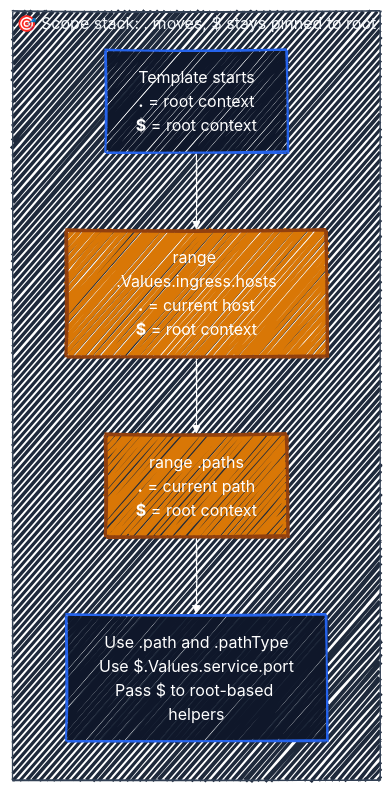
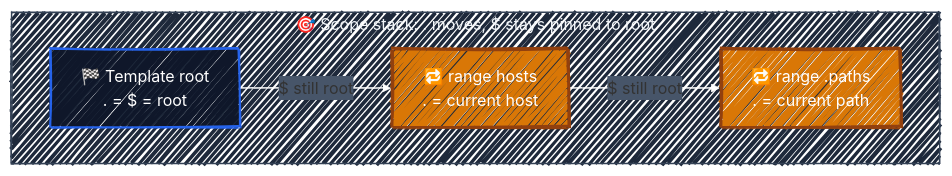
One commit to r97221004/k8s-tutorial changed the fourth of 8 diagrams in docs/packaging/helm.md. Above: the diagram before and after it, drawn with Mermaid.

Commit message:
docs: shrink the scope-stack diagram from a 4-node column to a 3-node row

````diff
--- a/docs/packaging/helm.md
+++ b/docs/packaging/helm.md
@@ -675,32 +675,30 @@
 ```mermaid
 ---
 config:
   look: handDrawn
   theme: default
   themeVariables:
     fontFamily: '"Comic Sans MS", "Comic Sans", "Segoe Print", "Bradley Hand", cursive'
     clusterBkg: '#FAFAFA'
     clusterBorder: '#94A3B8'
     lineColor: '#FFFFFF'
     edgeLabelBackground: '#475569'
   themeCSS: |
     .edgeLabel, .edgeLabel p, .edgeLabel span { color:#FFFFFF !important; }
 ---
-flowchart TD
+flowchart LR
     subgraph box["🎯 Scope stack: . moves, $ stays pinned to root"]
-        direction TB
-        root["Template starts<br/><b>.</b> = root context<br/><b>$</b> = root context"]
-        hosts["range .Values.ingress.hosts<br/><b>.</b> = current host<br/><b>$</b> = root context"]
-        paths["range .paths<br/><b>.</b> = current path<br/><b>$</b> = root context"]
-        use["Use .path and .pathType<br/>Use $.Values.service.port<br/>Pass $ to root-based helpers"]
+        direction LR
+        root["🏁 Template root<br/>. = $ = root"]
+        hosts["🔁 range hosts<br/>. = current host"]
+        paths["🔁 range .paths<br/>. = current path"]
 
-        root --> hosts --> paths --> use
+        root -->|"$ still root"| hosts -->|"$ still root"| paths
     end
 
     classDef ctrl fill:#0F172A,stroke:#2563EB,stroke-width:2px,color:#FFFFFF
     classDef eng fill:#D97706,stroke:#92400E,stroke-width:3px,color:#FFFFFF
-    classDef tgt fill:#0F172A,stroke:#16A34A,stroke-width:2px,color:#FFFFFF
-    class root,use ctrl
+    class root ctrl
     class hosts,paths eng
     style box fill:#1E293B,stroke:#334155,color:#F1F5F9,fillStyle:solid
 ```
````
